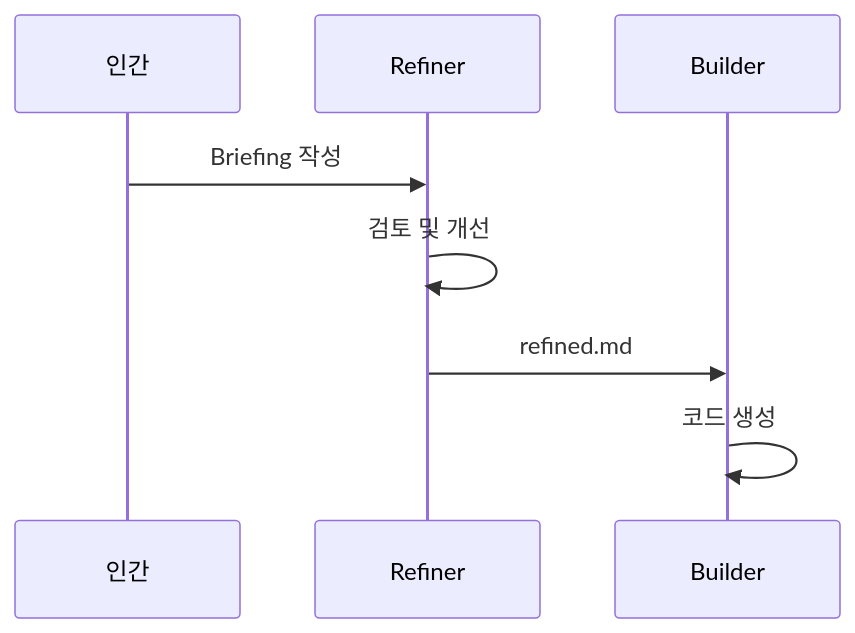
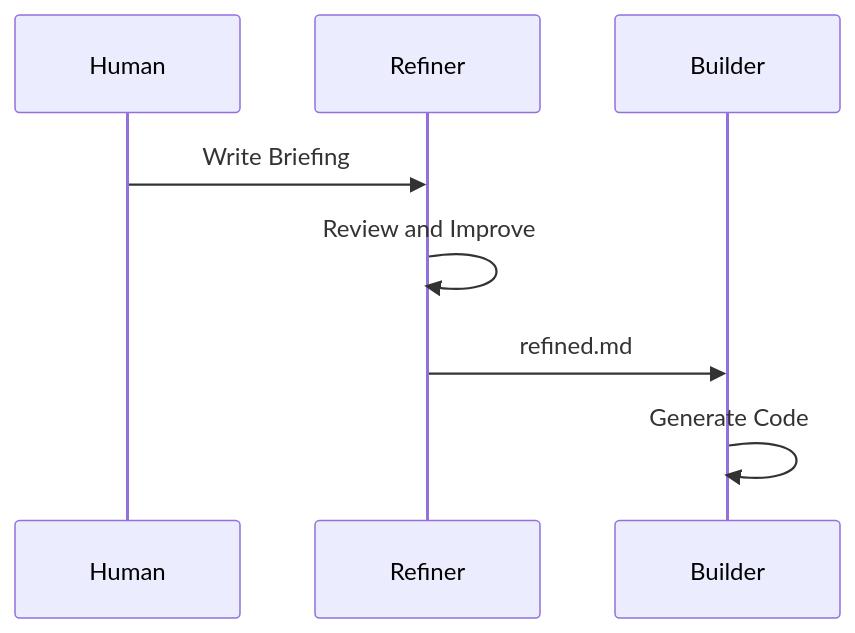
One commit to choo121600/dure changed the second of 3 diagrams in docs/test-mermaid.md. Above: the diagram before and after it, drawn with Mermaid. The commit also changed other lines of this file and 38 other files, not shown here.

````diff
--- a/docs/test-mermaid.md
+++ b/docs/test-mermaid.md
@@ -16,11 +16,11 @@
 ```mermaid
 sequenceDiagram
-    participant 인간
+    participant Human
     participant Refiner
     participant Builder
 
-    인간->>Refiner: Briefing 작성
-    Refiner->>Refiner: 검토 및 개선
+    Human->>Refiner: Write Briefing
+    Refiner->>Refiner: Review and Improve
     Refiner->>Builder: refined.md
-    Builder->>Builder: 코드 생성
+    Builder->>Builder: Generate Code
 ```
````
